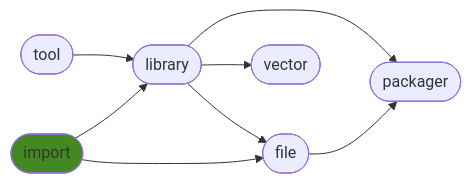
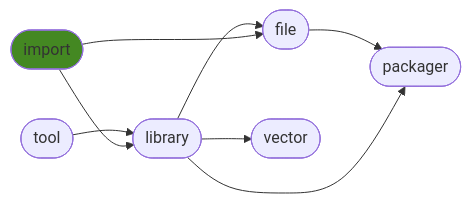
The diagram in README.md (ManderaGeneral/generalimport), drawn with Mermaid before and after one commit. The commit also changed other lines of this file, not shown here.

````diff
--- a/README.md
+++ b/README.md
@@ -28,17 +28,17 @@
 ```mermaid
 flowchart LR
-2([library]) --> 4([vector])
+3([file]) --> 5([packager])
+2([library]) --> 3([file])
 1([tool]) --> 2([library])
 2([library]) --> 5([packager])
+2([library]) --> 4([vector])
 0([import]) --> 2([library])
-3([file]) --> 5([packager])
-2([library]) --> 3([file])
 0([import]) --> 3([file])
 click 0 "https://github.com/ManderaGeneral/generalimport"
 click 1 "https://github.com/ManderaGeneral/generaltool"
 click 2 "https://github.com/ManderaGeneral/generallibrary"
 click 3 "https://github.com/ManderaGeneral/generalfile"
 click 4 "https://github.com/ManderaGeneral/generalvector"
 click 5 "https://github.com/ManderaGeneral/generalpackager"
 style 0 fill:#482
 ```
````
